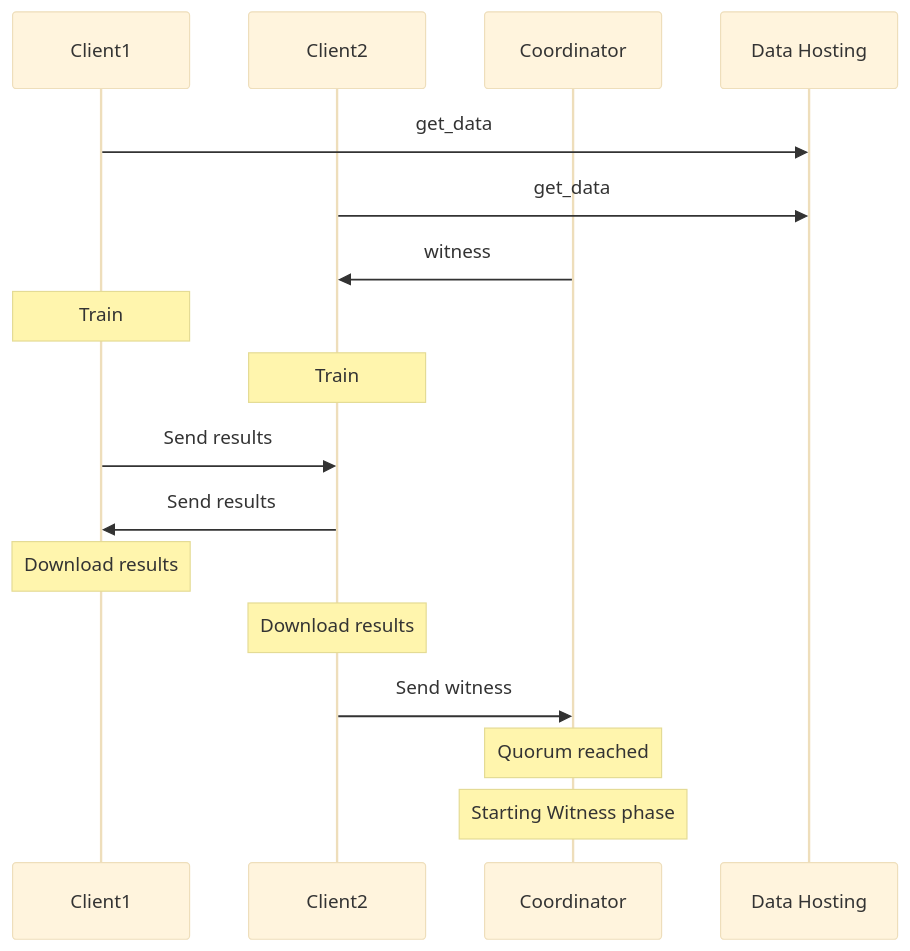
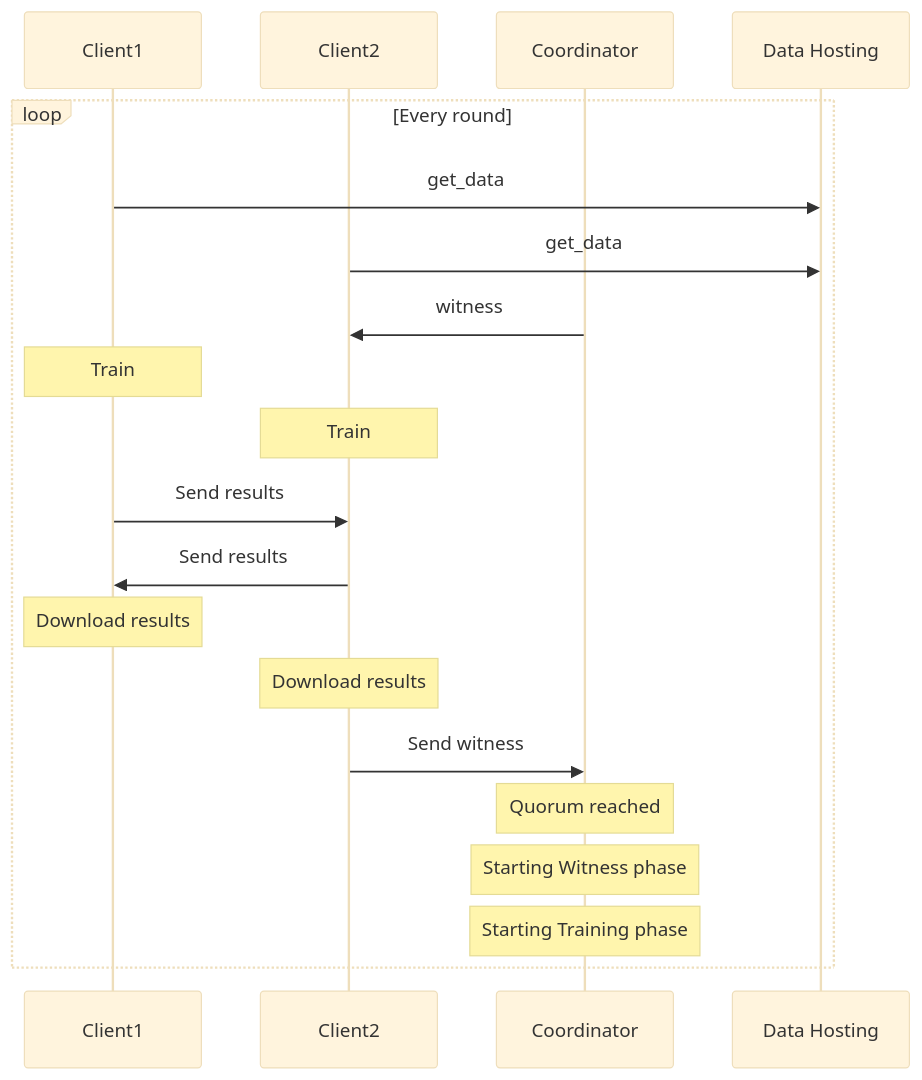
One commit to PsycheFoundation/psyche changed the third of 3 diagrams in psyche-book/src/explain/index.md. Above: the diagram before and after it, drawn with Mermaid (base theme). The commit also changed other lines of this file and 9 other files, not shown here.

````diff
--- a/psyche-book/src/explain/index.md
+++ b/psyche-book/src/explain/index.md
@@ -93,19 +95,22 @@
 ```mermaid
 sequenceDiagram
     participant Client1
     participant Client2
     participant Coordinator
     participant Data Hosting
-    Client1 ->> Data Hosting: get_data
-    Client2 ->> Data Hosting: get_data
-    Coordinator ->> Client2: witness
-    Note over Client1: Train
-    Note over Client2: Train
-    Client1 ->> Client2: Send results
-    Client2 ->> Client1: Send results
-    Note over Client1: Download results
-    Note over Client2: Download results
-    Client2 ->> Coordinator: Send witness
-    Note over Coordinator: Quorum reached
-    Note over Coordinator: Starting Witness phase
+    loop Every round
+      Client1 ->> Data Hosting: get_data
+      Client2 ->> Data Hosting: get_data
+      Coordinator ->> Client2: witness
+      Note over Client1: Train
+      Note over Client2: Train
+      Client1 ->> Client2: Send results
+      Client2 ->> Client1: Send results
+      Note over Client1: Download results
+      Note over Client2: Download results
+      Client2 ->> Coordinator: Send witness
+      Note over Coordinator: Quorum reached
+      Note over Coordinator: Starting Witness phase
+      Note over Coordinator: Starting Training phase
+    end
 ```
````
